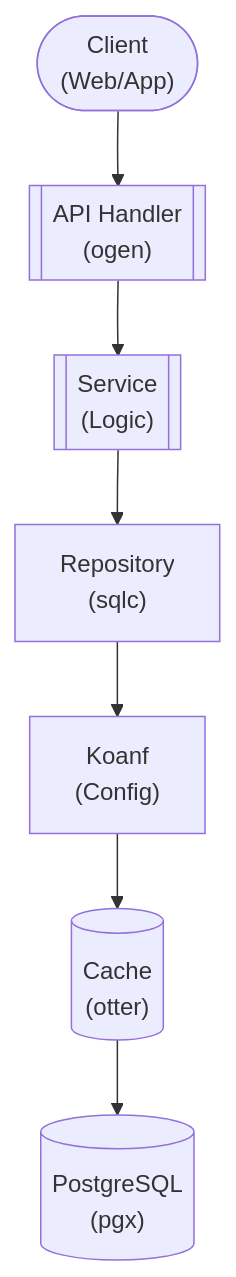
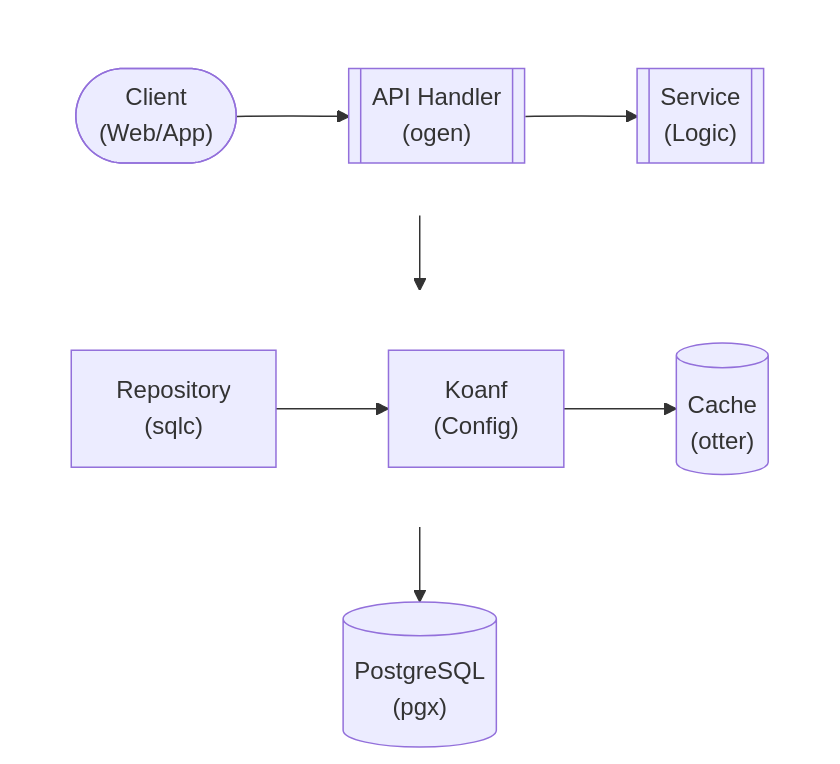
One commit to lusoris/revenge changed the diagram in docs/dev/design/services/SETTINGS.md. Above: the diagram before and after it, drawn with Mermaid. The commit also changed 210 other files, not shown here.

First line of the commit message:
feat(docs): Add horizontal layout support for Mermaid diagrams

````diff
--- a/docs/dev/design/services/SETTINGS.md
+++ b/docs/dev/design/services/SETTINGS.md
@@ -58,16 +58,26 @@
 ```mermaid
 flowchart TD
-    node1(["Client<br/>(Web/App)"])
-    node2[["API Handler<br/>(ogen)"]]
-    node3[["Service<br/>(Logic)"]]
-    node4["Repository<br/>(sqlc)"]
-    node5["Koanf<br/>(Config)"]
-    node6[("Cache<br/>(otter)")]
+    subgraph row1[ ]
+        direction LR
+        node1(["Client<br/>(Web/App)"])
+        node2[["API Handler<br/>(ogen)"]]
+        node3[["Service<br/>(Logic)"]]
+    end
+    subgraph row2[ ]
+        direction LR
+        node4["Repository<br/>(sqlc)"]
+        node5["Koanf<br/>(Config)"]
+        node6[("Cache<br/>(otter)")]
+    end
     node7[("PostgreSQL<br/>(pgx)")]
     node1 --> node2
     node2 --> node3
     node4 --> node5
     node5 --> node6
     node3 --> node4
     node6 --> node7
+
+    %% Hide row subgraph borders
+    style row1 fill:transparent,stroke:transparent
+    style row2 fill:transparent,stroke:transparent
 ```
````
